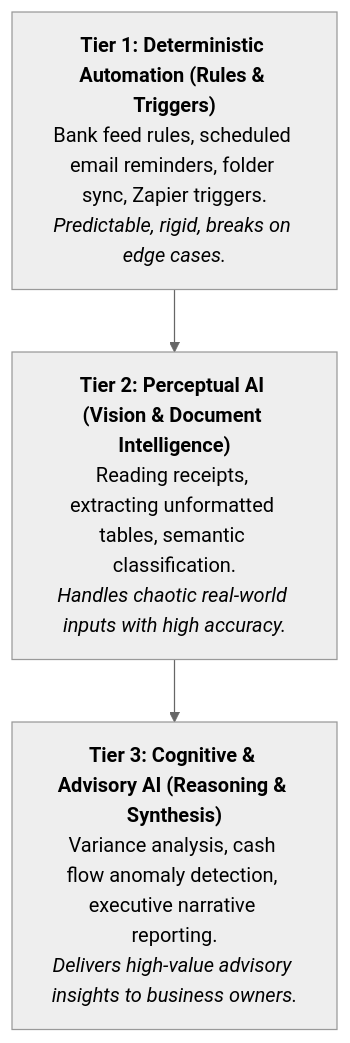
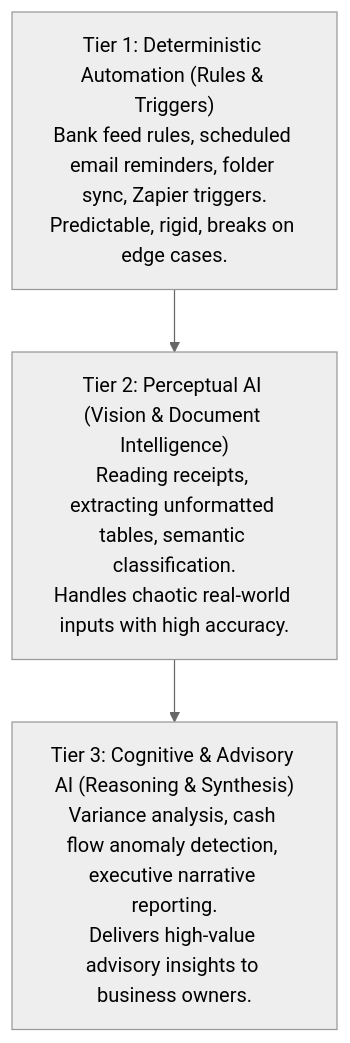
The second of 7 diagrams in ebooks/the_ai_powered_accountant/the_ai_powered_accountant_manuscript.md (Kozy04/Buzz), drawn with Mermaid (neutral theme) before and after one commit. The commit also changed other lines of this file and 6 other files, not shown here.

Commit message:
Render all Mermaid architecture and flowchart blocks into live vector SVG illustrations across both eBook PDFs

````diff
--- a/ebooks/the_ai_powered_accountant/the_ai_powered_accountant_manuscript.md
+++ b/ebooks/the_ai_powered_accountant/the_ai_powered_accountant_manuscript.md
@@ -154,8 +154,8 @@
 ```mermaid
 graph TD
-    Tier1["<b>Tier 1: Deterministic Automation (Rules & Triggers)</b><br/>Bank feed rules, scheduled email reminders, folder sync, Zapier triggers.<br/><i>Predictable, rigid, breaks on edge cases.</i>"]
-    Tier2["<b>Tier 2: Perceptual AI (Vision & Document Intelligence)</b><br/>Reading receipts, extracting unformatted tables, semantic classification.<br/><i>Handles chaotic real-world inputs with high accuracy.</i>"]
-    Tier3["<b>Tier 3: Cognitive & Advisory AI (Reasoning & Synthesis)</b><br/>Variance analysis, cash flow anomaly detection, executive narrative reporting.<br/><i>Delivers high-value advisory insights to business owners.</i>"]
+    Tier1["Tier 1: Deterministic Automation (Rules & Triggers)<br/>Bank feed rules, scheduled email reminders, folder sync, Zapier triggers.<br/>Predictable, rigid, breaks on edge cases."]
+    Tier2["Tier 2: Perceptual AI (Vision & Document Intelligence)<br/>Reading receipts, extracting unformatted tables, semantic classification.<br/>Handles chaotic real-world inputs with high accuracy."]
+    Tier3["Tier 3: Cognitive & Advisory AI (Reasoning & Synthesis)<br/>Variance analysis, cash flow anomaly detection, executive narrative reporting.<br/>Delivers high-value advisory insights to business owners."]
 
     Tier1 --> Tier2 --> Tier3
 ```
````
